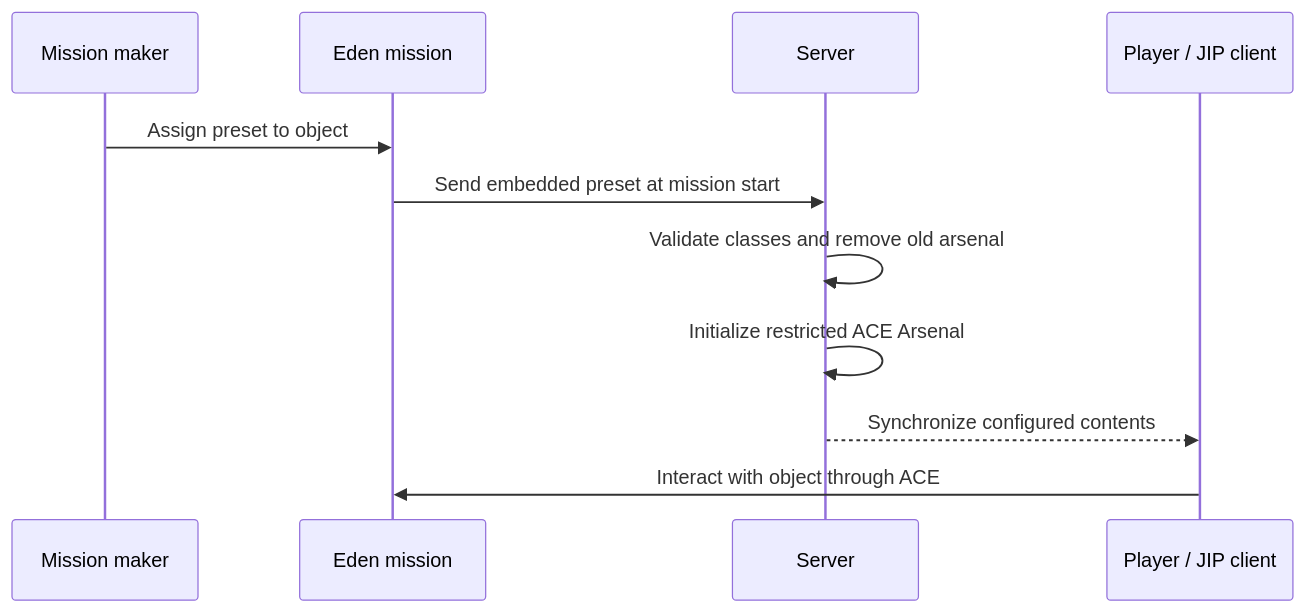
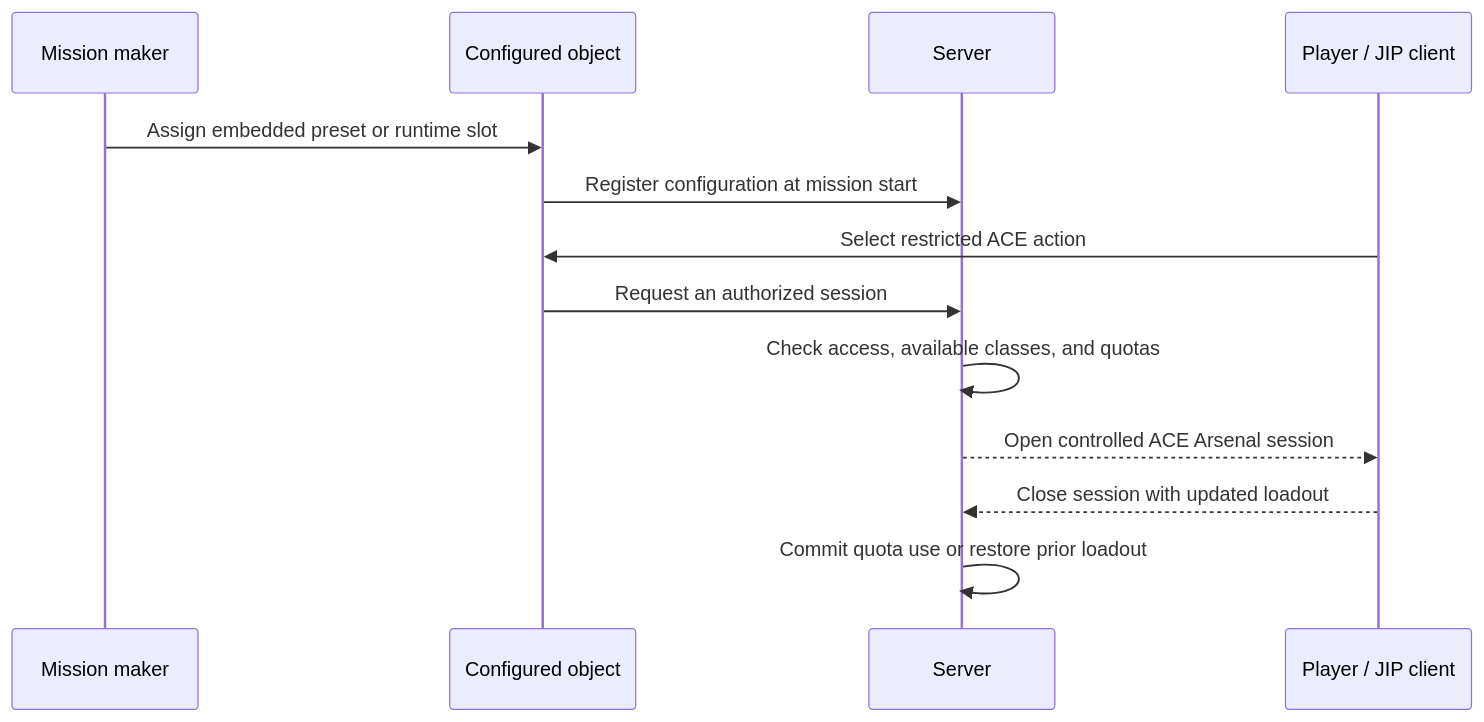
The second of 2 diagrams in README.md (Black-Ops-2-543/Arma3_ACE_Arsenal_Creation_Tool), drawn with Mermaid before and after one commit. The commit also changed other lines of this file, not shown here.

````diff
--- a/README.md
+++ b/README.md
@@ -159,13 +170,15 @@
 ```mermaid
 sequenceDiagram
     participant Author as Mission maker
-    participant Eden as Eden mission
+    participant Object as Configured object
     participant Server as Server
     participant Player as Player / JIP client
-    Author->>Eden: Assign preset to object
-    Eden->>Server: Send embedded preset at mission start
-    Server->>Server: Validate classes and remove old arsenal
-    Server->>Server: Initialize restricted ACE Arsenal
-    Server-->>Player: Synchronize configured contents
-    Player->>Eden: Interact with object through ACE
+    Author->>Object: Assign embedded preset or runtime slot
+    Object->>Server: Register configuration at mission start
+    Player->>Object: Select restricted ACE action
+    Object->>Server: Request an authorized session
+    Server->>Server: Check access, available classes, and quotas
+    Server-->>Player: Open controlled ACE Arsenal session
+    Player-->>Server: Close session with updated loadout
+    Server->>Server: Commit quota use or restore prior loadout
 ```
````
